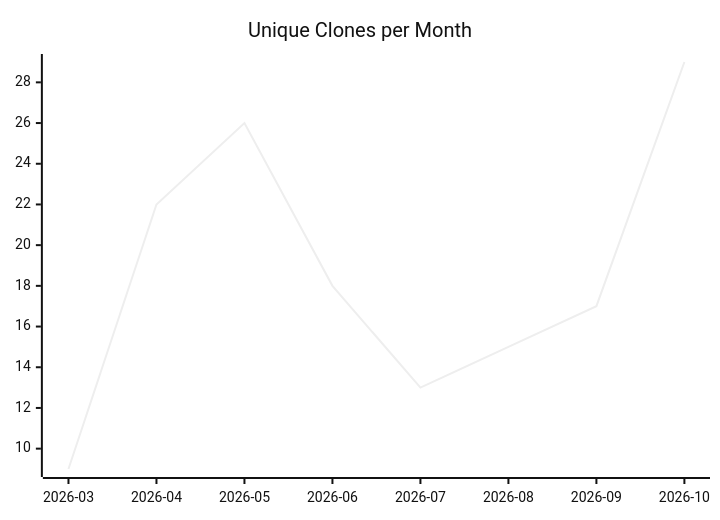
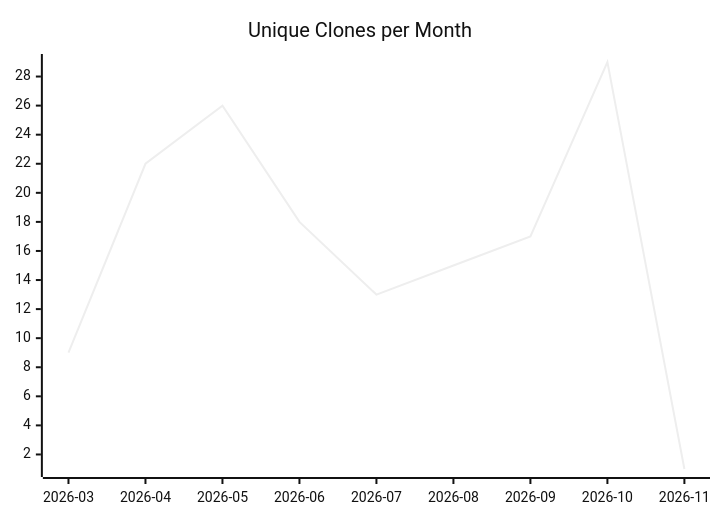
Before and after one commit to justdavis-family/github-analytics-data: the third of 3 diagrams in karlmdavis/lego-ev3dev-rs/README.md, drawn with Mermaid (neutral theme). The commit also changed other lines of this file and 201 other files, not shown here.

````diff
--- a/karlmdavis/lego-ev3dev-rs/README.md
+++ b/karlmdavis/lego-ev3dev-rs/README.md
@@ -19,6 +19,6 @@
 ```mermaid
 xychart-beta
   title "Unique Clones per Month"
-  x-axis ["2026-03", "2026-04", "2026-05", "2026-06", "2026-07", "2026-08", "2026-09", "2026-10"]
-  line [9, 22, 26, 18, 13, 15, 17, 29]
+  x-axis ["2026-03", "2026-04", "2026-05", "2026-06", "2026-07", "2026-08", "2026-09", "2026-10", "2026-11"]
+  line [9, 22, 26, 18, 13, 15, 17, 29, 1]
 ```
````
